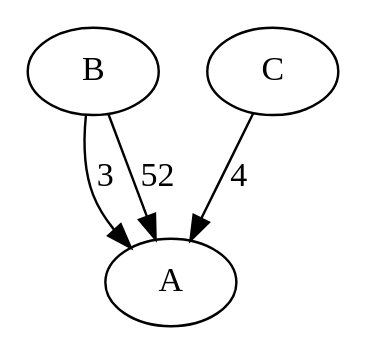
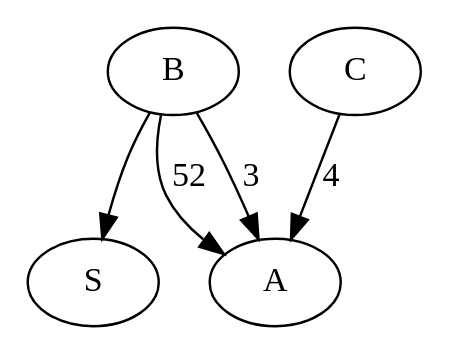
One commit to LerdPixel/mephi_labs changed the diagram in lab4-sem3/source/example.dot. Above: the diagram before and after it, drawn with Graphviz. The commit also changed 4 other files, not shown here.

Commit message:
lab4: graph input

```diff
--- a/lab4-sem3/source/example.dot
+++ b/lab4-sem3/source/example.dot
@@ -1,7 +1,8 @@
 digraph {B
 A
-C
+S
 C -> A[label="4"]
 B -> A[label="3"]
 B -> A[label="52"]
+B -> S
 }
```
